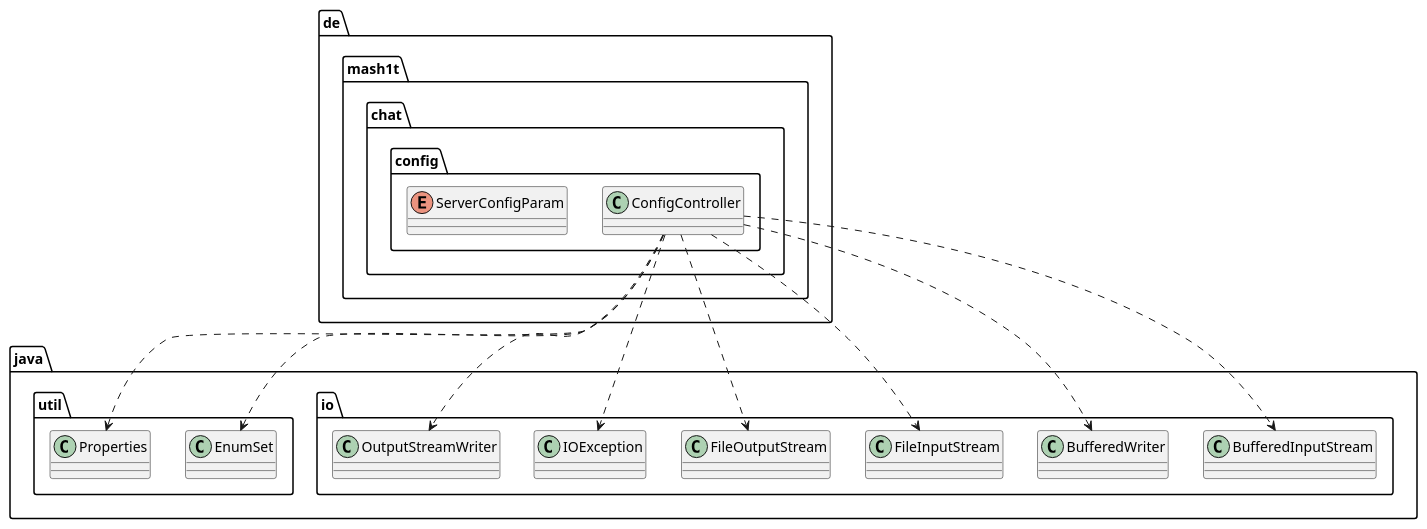
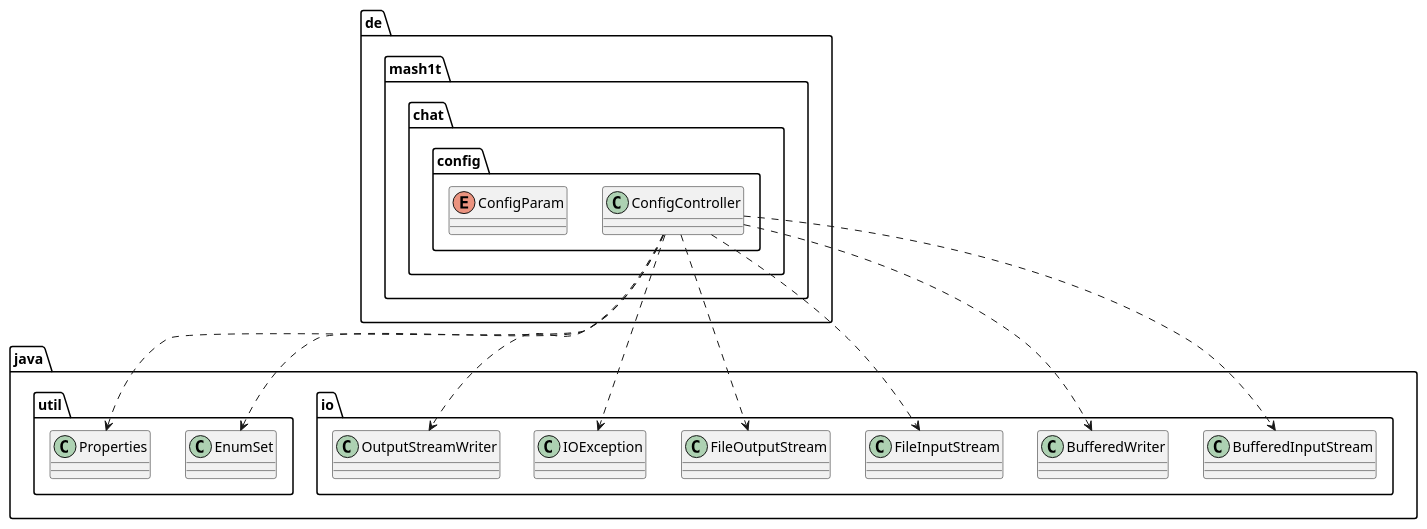
Before and after one commit to MaSHOLution/tcpchat: the diagram in Diagrams/UML/Class Diagrams/config/config.puml, drawn with PlantUML. The commit also changed 218 other files, not shown here.

Commit message:
[TASK] Updated javadoc and uml-diagrams

```diff
--- a/Diagrams/UML/Class Diagrams/config/config.puml
+++ b/Diagrams/UML/Class Diagrams/config/config.puml
@@ -1,20 +1,20 @@
 @startuml
 class de.mash1t.chat.config.ConfigController
 class java.io.BufferedInputStream
 class java.io.BufferedWriter
 class java.io.FileInputStream
 class java.io.FileOutputStream
 class java.io.IOException
 class java.io.OutputStreamWriter
 class java.util.EnumSet
 class java.util.Properties
-enum de.mash1t.chat.config.ServerConfigParam
+enum de.mash1t.chat.config.ConfigParam
 de.mash1t.chat.config.ConfigController ..> java.io.BufferedInputStream
 de.mash1t.chat.config.ConfigController ..> java.io.BufferedWriter
 de.mash1t.chat.config.ConfigController ..> java.io.FileInputStream
 de.mash1t.chat.config.ConfigController ..> java.io.FileOutputStream
 de.mash1t.chat.config.ConfigController ..> java.io.IOException
 de.mash1t.chat.config.ConfigController ..> java.io.OutputStreamWriter
 de.mash1t.chat.config.ConfigController ..> java.util.EnumSet
 de.mash1t.chat.config.ConfigController ..> java.util.Properties
 @enduml
```
